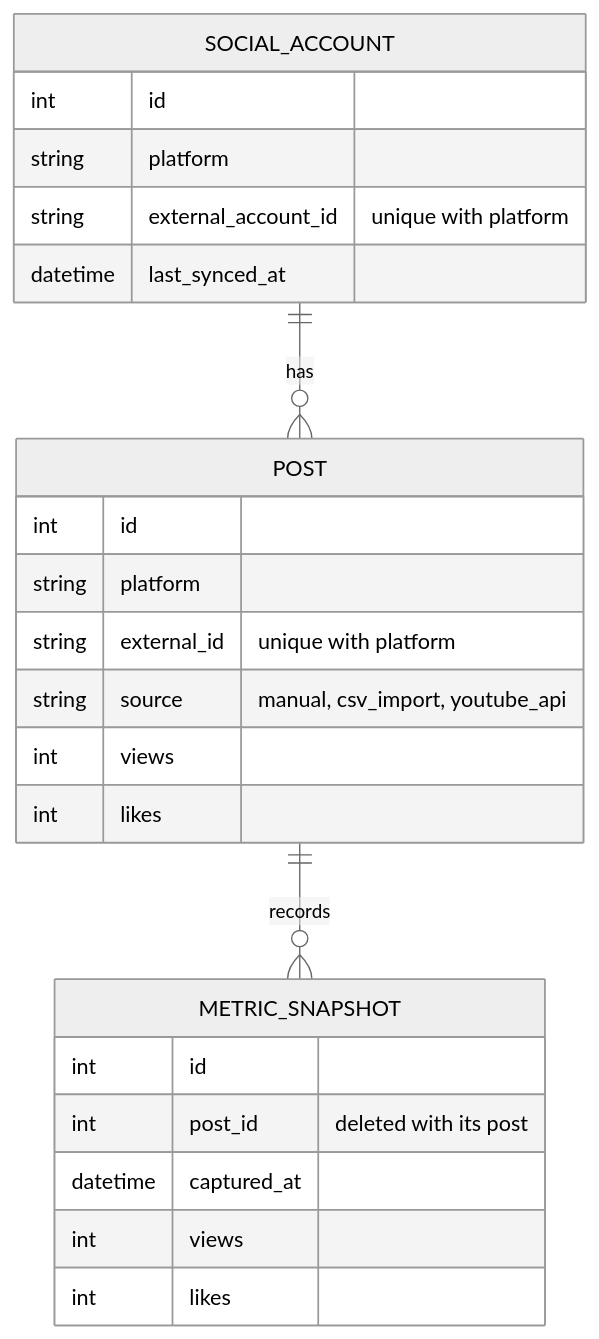
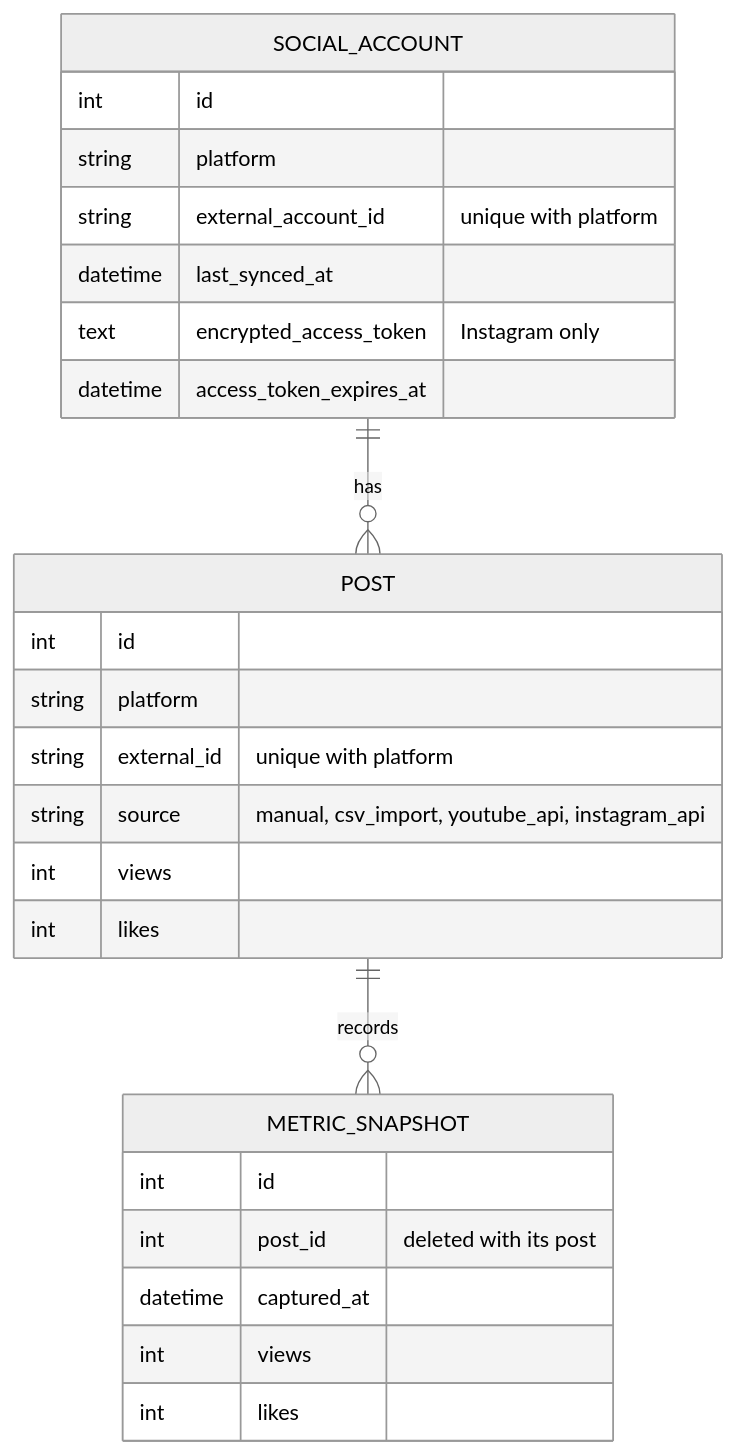
Before and after one commit to DuhShmere/Social-Media-Analytics-Tool: the second of 2 diagrams in docs/ARCHITECTURE.md, drawn with Mermaid (neutral theme). The commit also changed other lines of this file and 1 other file, not shown here.

First line of the commit message:
Document Instagram setup and architecture

````diff
--- a/docs/ARCHITECTURE.md
+++ b/docs/ARCHITECTURE.md
@@ -34,26 +35,28 @@
 ```mermaid
 erDiagram
     SOCIAL_ACCOUNT ||--o{ POST : "has"
     POST ||--o{ METRIC_SNAPSHOT : "records"
     SOCIAL_ACCOUNT {
         int id
         string platform
         string external_account_id "unique with platform"
         datetime last_synced_at
+        text encrypted_access_token "Instagram only"
+        datetime access_token_expires_at
     }
     POST {
         int id
         string platform
         string external_id "unique with platform"
-        string source "manual, csv_import, youtube_api"
+        string source "manual, csv_import, youtube_api, instagram_api"
         int views
         int likes
     }
     METRIC_SNAPSHOT {
         int id
         int post_id "deleted with its post"
         datetime captured_at
         int views
         int likes
     }
 ```
````
